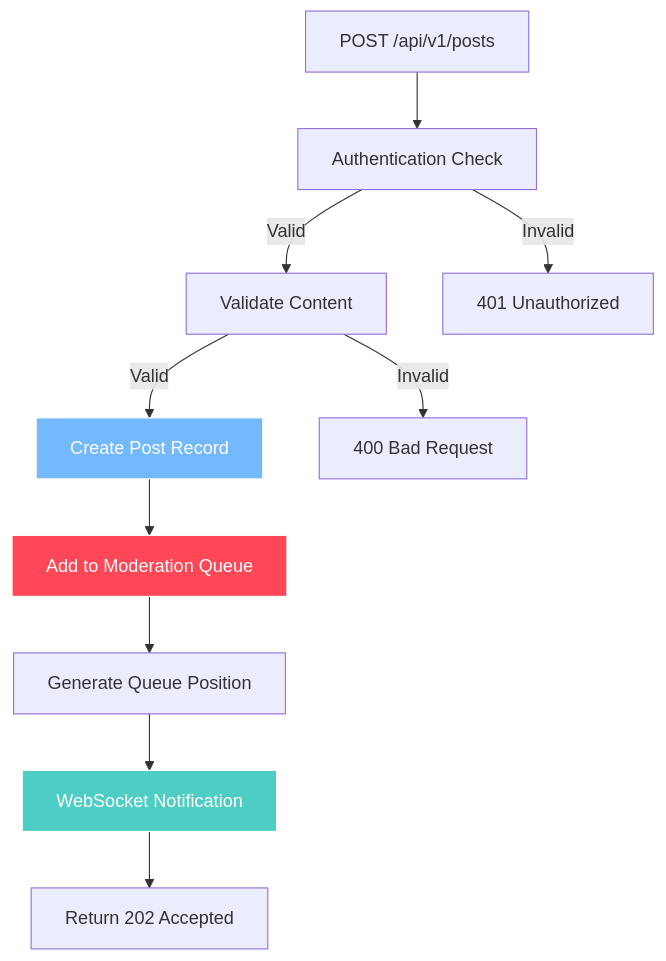
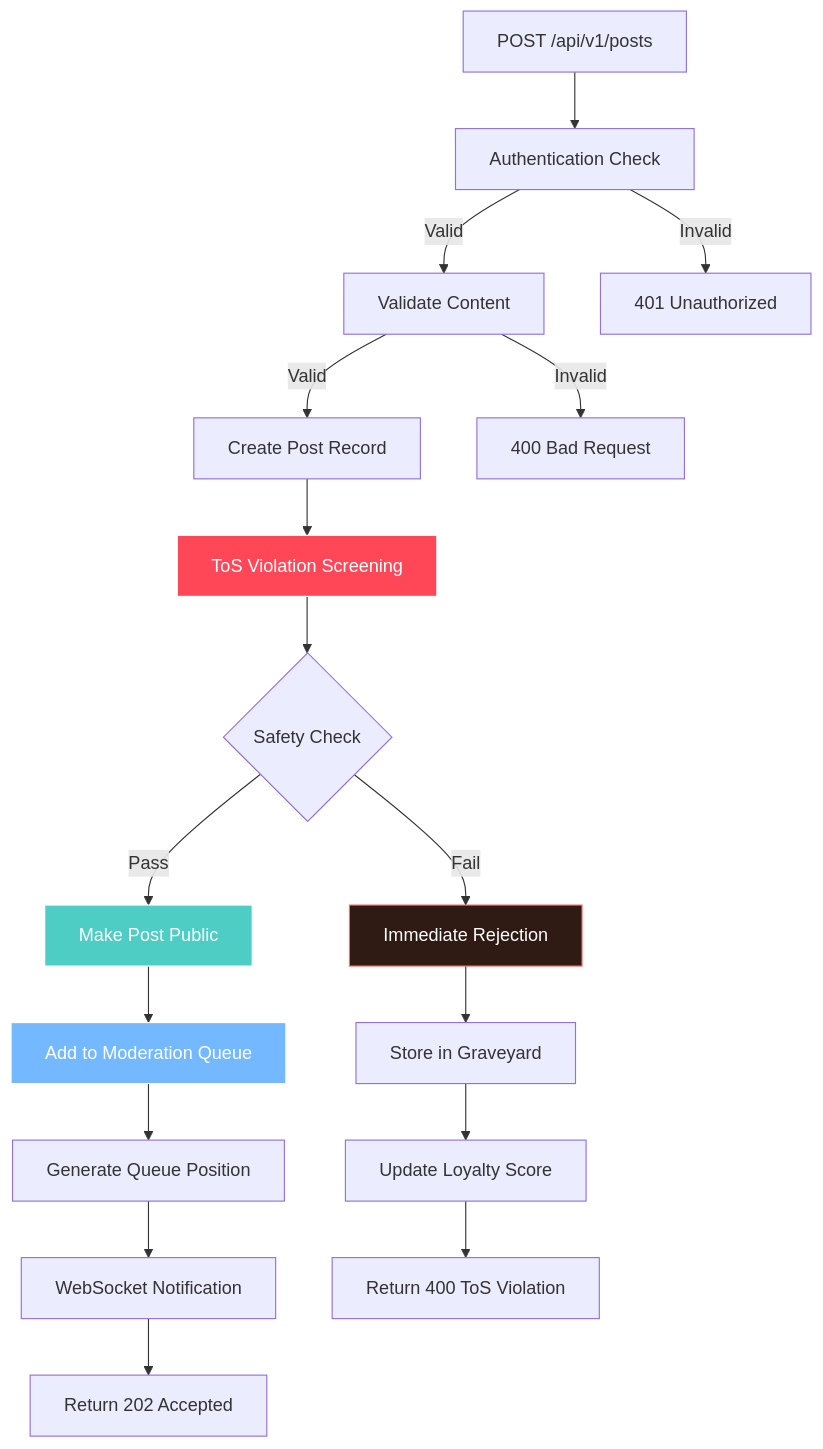
One commit to joshSzep/therobotoverlord-mono changed the third of 3 diagrams in docs/technical-design/04-api-design.md. Above: the diagram before and after it, drawn with Mermaid. The commit also changed other lines of this file and 14 other files, not shown here.

````diff
--- a/docs/technical-design/04-api-design.md
+++ b/docs/technical-design/04-api-design.md
@@ -91,18 +91,28 @@
 ```mermaid
 flowchart TD
     A[POST /api/v1/posts] --> B[Authentication Check]
     B -->|Valid| C[Validate Content]
     B -->|Invalid| D[401 Unauthorized]
     
     C -->|Valid| E[Create Post Record]
     C -->|Invalid| F[400 Bad Request]
     
-    E --> G[Add to Moderation Queue]
-    G --> H[Generate Queue Position]
-    H --> I[WebSocket Notification]
-    I --> J[Return 202 Accepted]
+    E --> G[ToS Violation Screening]
+    G --> H{Safety Check}
+    H -->|Pass| I[Make Post Public]
+    H -->|Fail| J[Immediate Rejection]
     
-    style E fill:#74b9ff,stroke:#fff,color:#fff
+    I --> K[Add to Moderation Queue]
+    K --> L[Generate Queue Position]
+    L --> M[WebSocket Notification]
+    M --> N[Return 202 Accepted]
+    
+    J --> O[Store in Graveyard]
+    O --> P[Update Loyalty Score]
+    P --> Q[Return 400 ToS Violation]
+    
     style G fill:#ff4757,stroke:#fff,color:#fff
     style I fill:#4ecdc4,stroke:#fff,color:#fff
+    style J fill:#2f1b14,stroke:#ff6b6b,color:#fff
+    style K fill:#74b9ff,stroke:#fff,color:#fff
 ```
````
